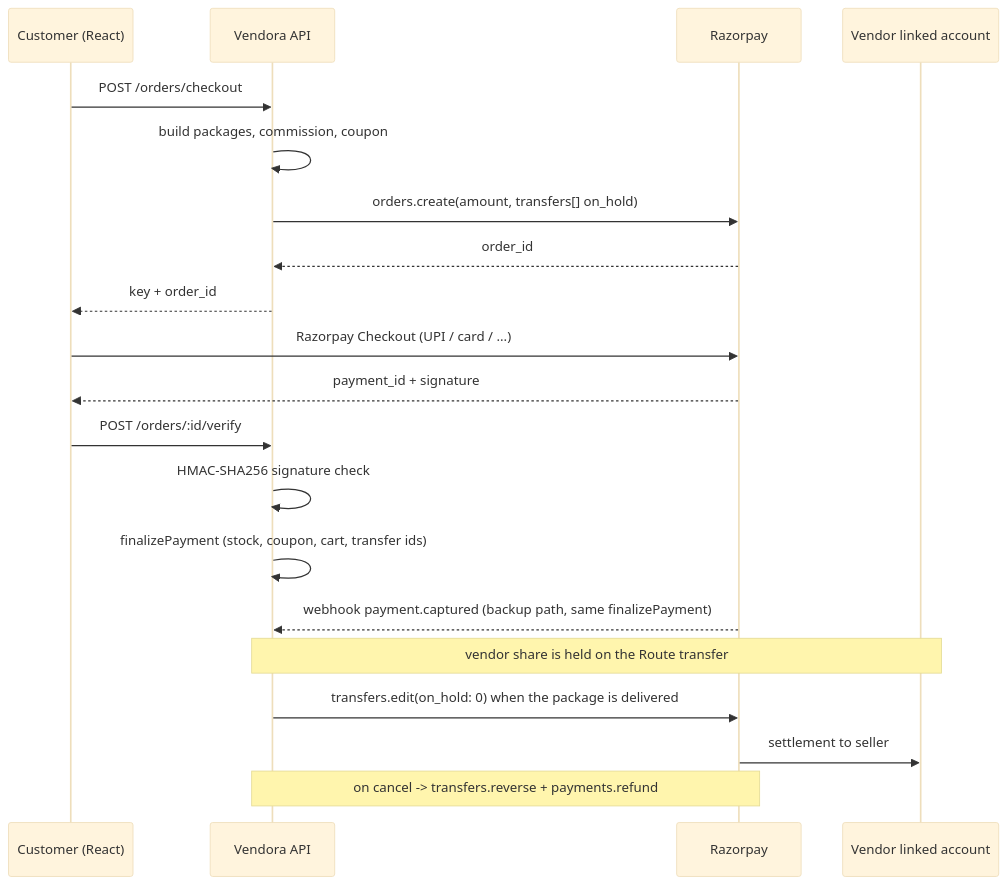
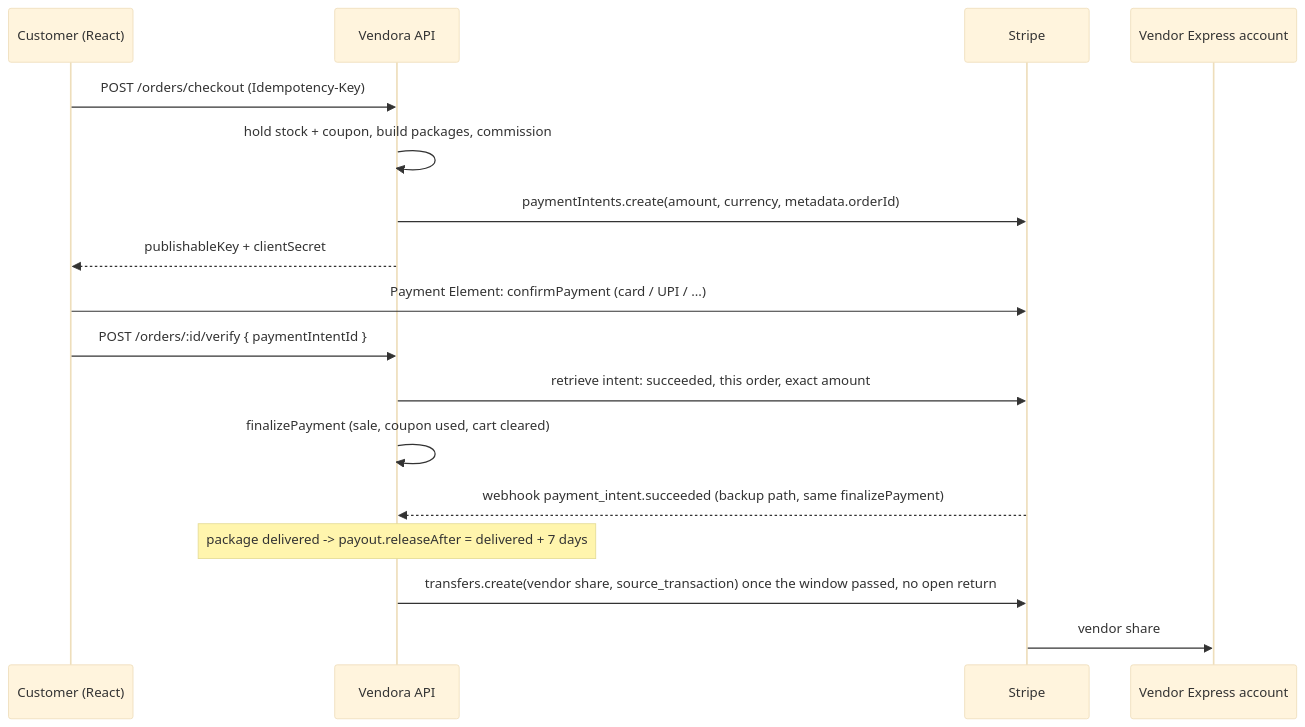
One commit to Abhishek-Gangwar-18/nexvia-capstone-project-submission changed the fifth of 5 diagrams in docs/ARCHITECTURE.md. Above: the diagram before and after it, drawn with Mermaid (base theme). The commit also changed other lines of this file and 2 other files, not shown here.

Commit message:
docs: README/ARCHITECTURE/API_TESTS -> document Stripe payments, refresh sessions, returns, payouts and the test suite, and add an API test guide -> so the docs match the redesigned system now setup, env vars and flows are described for the Stripe version

````diff
--- a/docs/ARCHITECTURE.md
+++ b/docs/ARCHITECTURE.md
@@ -215,22 +380,19 @@
 ```mermaid
 sequenceDiagram
   participant C as Customer (React)
   participant A as Vendora API
-  participant R as Razorpay
-  participant V as Vendor linked account
-  C->>A: POST /orders/checkout
-  A->>A: build packages, commission, coupon
-  A->>R: orders.create(amount, transfers[] on_hold)
-  R-->>A: order_id
-  A-->>C: key + order_id
-  C->>R: Razorpay Checkout (UPI / card / ...)
-  R-->>C: payment_id + signature
-  C->>A: POST /orders/:id/verify
-  A->>A: HMAC-SHA256 signature check
-  A->>A: finalizePayment (stock, coupon, cart, transfer ids)
-  R-->>A: webhook payment.captured (backup path, same finalizePayment)
-  Note over A,V: vendor share is held on the Route transfer
-  A->>R: transfers.edit(on_hold: 0) when the package is delivered
-  R->>V: settlement to seller
-  Note over A,R: on cancel -> transfers.reverse + payments.refund
+  participant S as Stripe
+  participant V as Vendor Express account
+  C->>A: POST /orders/checkout (Idempotency-Key)
+  A->>A: hold stock + coupon, build packages, commission
+  A->>S: paymentIntents.create(amount, currency, metadata.orderId)
+  A-->>C: publishableKey + clientSecret
+  C->>S: Payment Element: confirmPayment (card / UPI / ...)
+  C->>A: POST /orders/:id/verify { paymentIntentId }
+  A->>S: retrieve intent: succeeded, this order, exact amount
+  A->>A: finalizePayment (sale, coupon used, cart cleared)
+  S-->>A: webhook payment_intent.succeeded (backup path, same finalizePayment)
+  Note over A: package delivered -> payout.releaseAfter = delivered + 7 days
+  A->>S: transfers.create(vendor share, source_transaction) once the window passed, no open return
+  S->>V: vendor share
 ```
````
